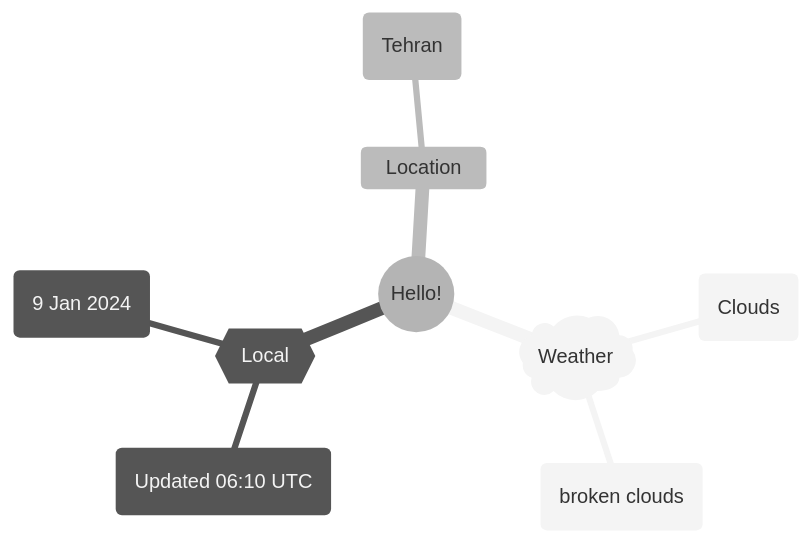
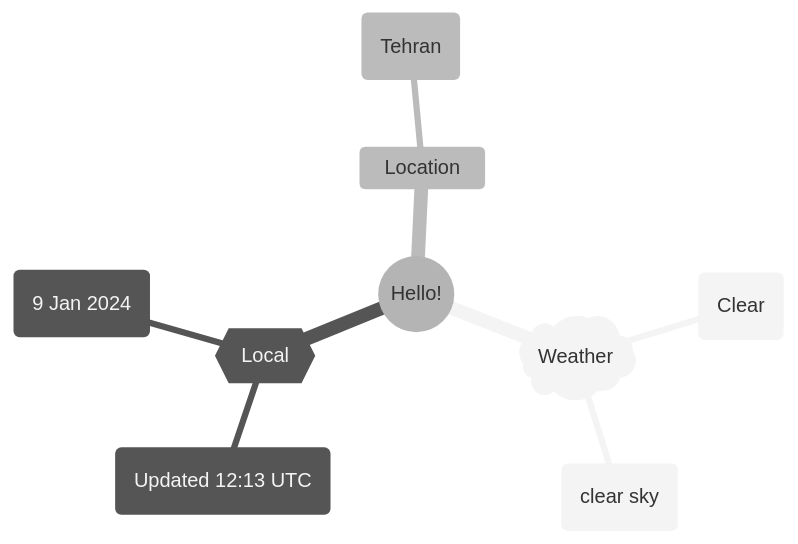
Before and after one commit to Xosrov/Xosrov: the first of 2 diagrams in README.md, drawn with Mermaid (neutral theme).

Commit message:
[bot] updated images

````diff
--- a/README.md
+++ b/README.md
@@ -3,12 +3,12 @@
 ```mermaid
 mindmap
   root((Hello!))
     )Weather(
-        (Clouds)
-        (broken clouds)
+        (Clear)
+        (clear sky)
     {{Local}}
-        (Updated 06:10 UTC)
+        (Updated 12:13 UTC)
         (9 Jan 2024)
     Location
         (Tehran)
 ```
````
